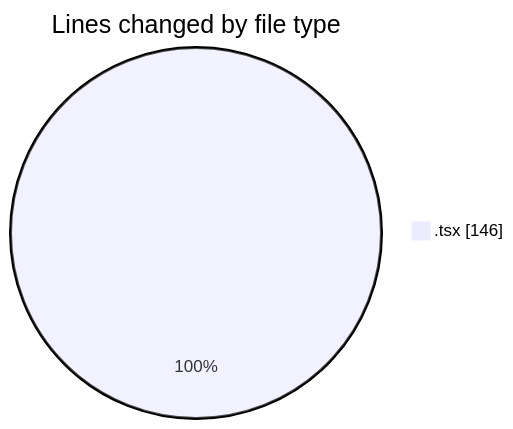
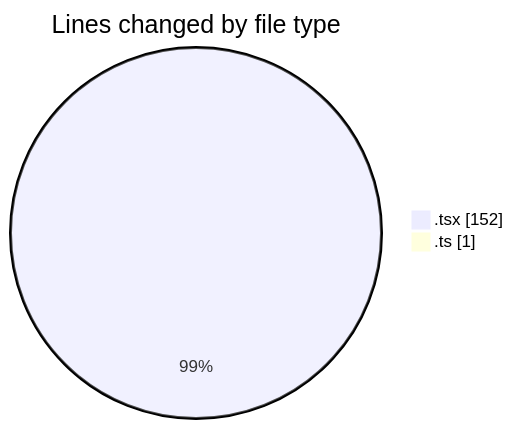
Before and after one commit to robertbonfada/code-tracking: the first of 2 diagrams in 2025-03-08/mbc-web/README.md, drawn with Mermaid. The commit also changed other lines of this file and 1 other file, not shown here.

````diff
--- a/2025-03-08/mbc-web/README.md
+++ b/2025-03-08/mbc-web/README.md
@@ -20,5 +23,6 @@
 ```mermaid
 pie showData
 title Lines changed by file type
-".tsx" : 146
+".tsx" : 152
+".ts" : 1
 ```
````
